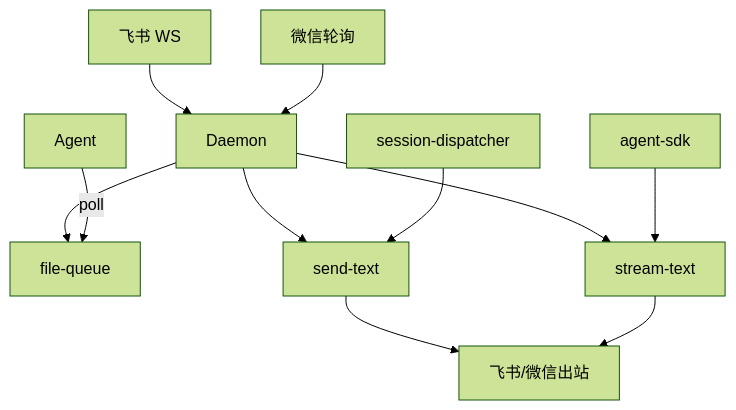
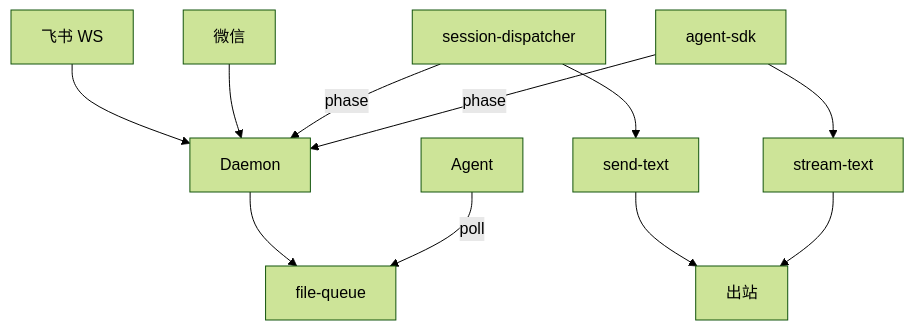
One commit to lk-eternal/cursor-claw changed the first of 3 diagrams in knowledge/业务域/消息桥接/01-概览.md. Above: the diagram before and after it, drawn with Mermaid (forest theme). The commit also changed other lines of this file and 21 other files, not shown here.

````diff
--- a/knowledge/业务域/消息桥接/01-概览.md
+++ b/knowledge/业务域/消息桥接/01-概览.md
@@ -11,13 +11,13 @@
 ```mermaid
 flowchart TB
   FS[飞书 WS] --> D[Daemon]
-  WX[微信轮询] --> D
+  WX[微信] --> D
   D --> FQ[file-queue]
-  D --> ST[send-text]
-  D --> STR[stream-text]
-  SD[session-dispatcher] --> ST
-  SDK[agent-sdk] --> STR
-  ST --> OUT[飞书/微信出站]
+  SD[session-dispatcher] -->|phase| D
+  SDK[agent-sdk] -->|phase| D
+  SD --> ST[send-text]
+  SDK --> STR[stream-text]
+  ST --> OUT[出站]
   STR --> OUT
   Agent -->|poll| FQ
 ```
````
